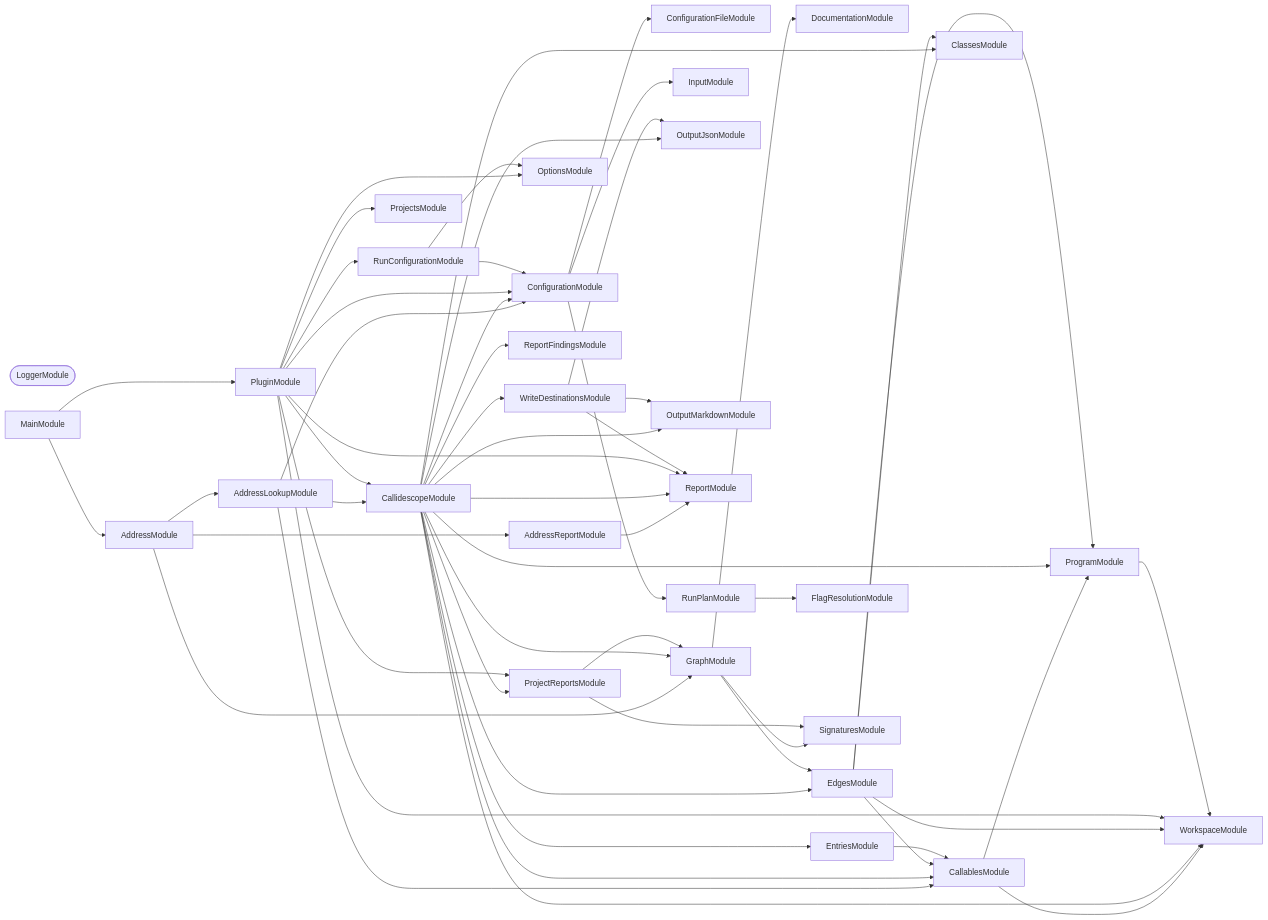
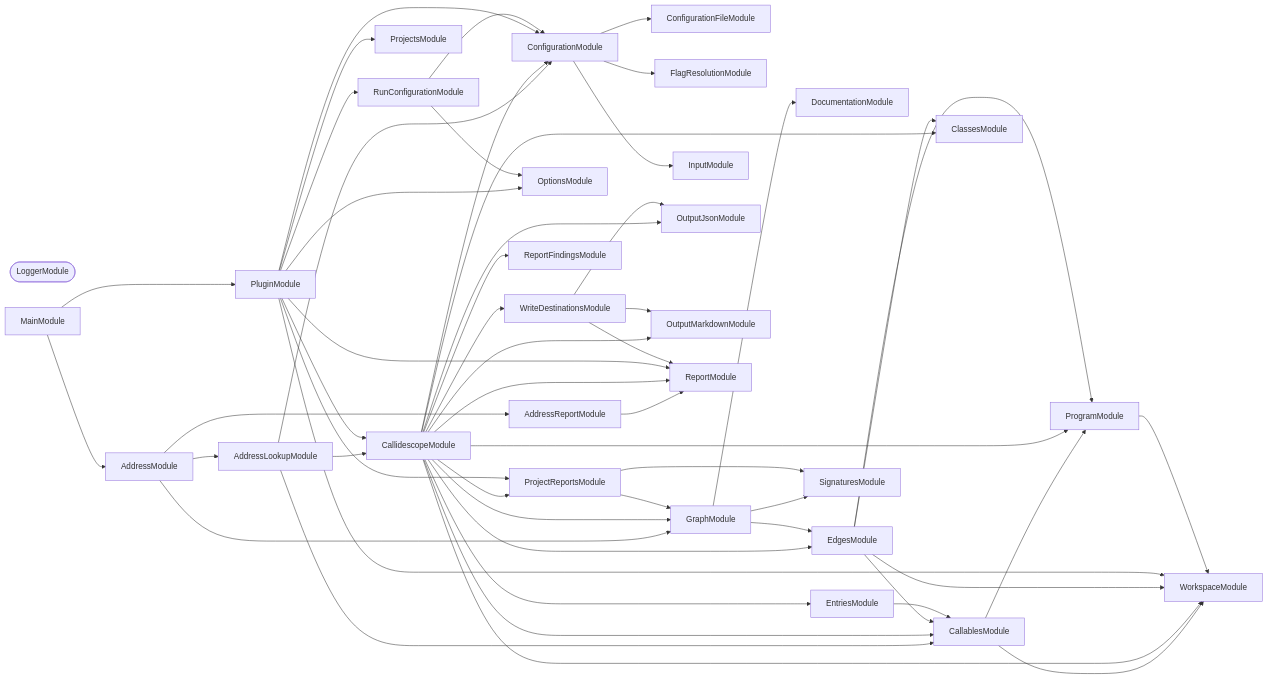
One commit to JimmyPaolini/codebase changed the second of 3 diagrams in packages/ic-suite/callidescope/callidescope-nx/README.md. Above: the diagram before and after it, drawn with Mermaid. The commit also changed other lines of this file and 108 other files, not shown here.

```diff
--- a/packages/ic-suite/callidescope/callidescope-nx/README.md
+++ b/packages/ic-suite/callidescope/callidescope-nx/README.md
@@ -355,7 +355,6 @@
   ReportFindingsModule
   ReportModule
   RunConfigurationModule
-  RunPlanModule
   SignaturesModule
   WorkspaceModule
   WriteDestinationsModule
@@ -383,8 +382,8 @@
   CallidescopeModule --> WorkspaceModule
   CallidescopeModule --> WriteDestinationsModule
   ConfigurationModule --> ConfigurationFileModule
+  ConfigurationModule --> FlagResolutionModule
   ConfigurationModule --> InputModule
-  ConfigurationModule --> RunPlanModule
   EdgesModule --> CallablesModule
   EdgesModule --> ClassesModule
   EdgesModule --> ProgramModule
@@ -408,7 +407,6 @@
   ProjectReportsModule --> SignaturesModule
   RunConfigurationModule --> ConfigurationModule
   RunConfigurationModule --> OptionsModule
-  RunPlanModule --> FlagResolutionModule
   WriteDestinationsModule --> OutputJsonModule
   WriteDestinationsModule --> OutputMarkdownModule
   WriteDestinationsModule --> ReportModule
```
